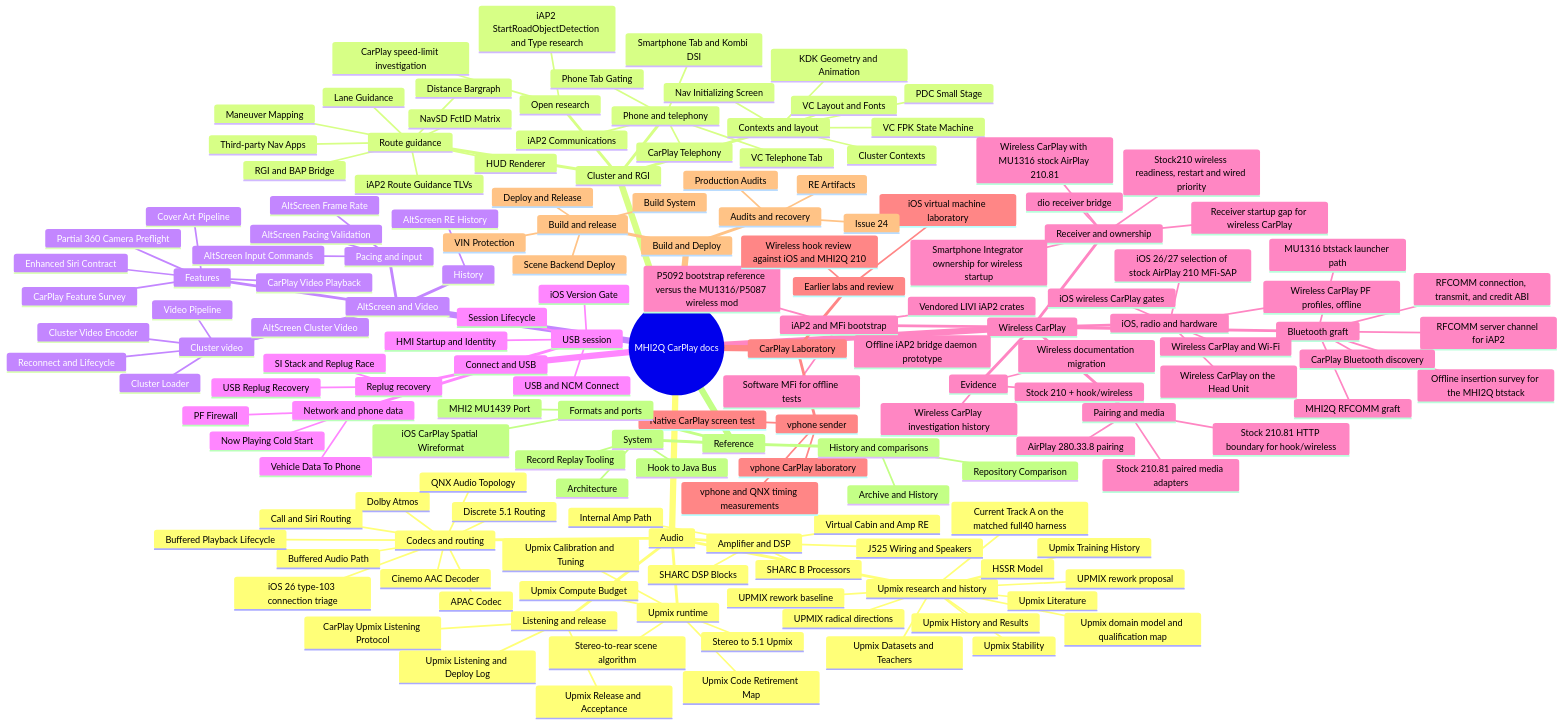
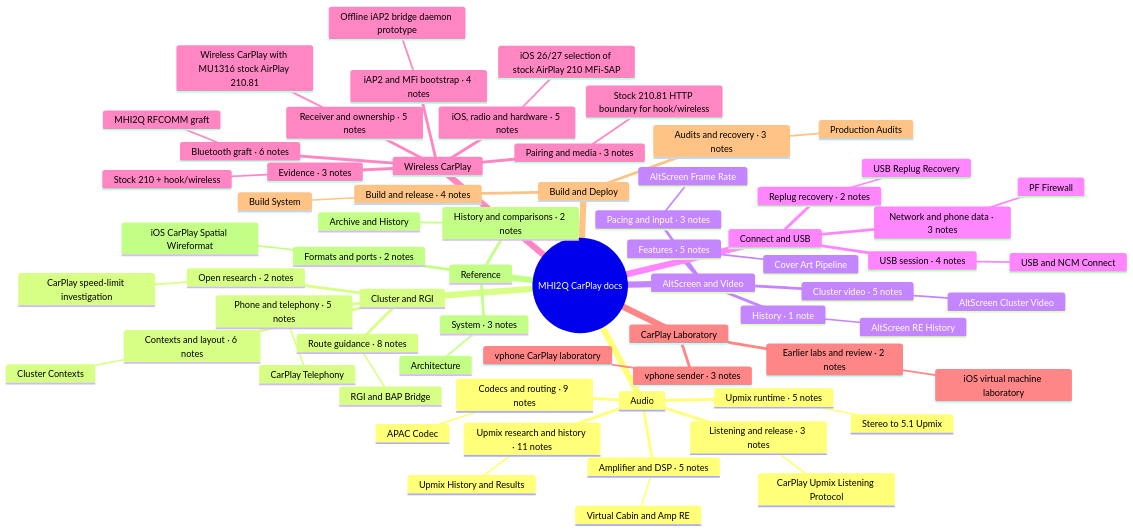
The diagram in README.md (luka-dev/mib2q-carplay-rgi), drawn with Mermaid before and after one commit. The commit also changed other lines of this file and 2 other files, not shown here.

Commit message:
docs: overview mindmap in the repository README, full mindmap stays in docs

````diff
--- a/README.md
+++ b/README.md
@@ -120,162 +120,69 @@
 mindmap
   root((MHI2Q CarPlay docs))
     Audio
-      Upmix runtime
+      Upmix runtime · 5 notes
         Stereo to 5.1 Upmix
-        Stereo-to-rear scene algorithm
-        Upmix Calibration and Tuning
-        Upmix Compute Budget
-        Upmix Code Retirement Map
-      Upmix research and history
+      Upmix research and history · 11 notes
         Upmix History and Results
-        UPMIX rework baseline
-        UPMIX rework proposal
-        UPMIX radical directions
-        Upmix Stability
-        Current Track A on the matched full40 harness
-        Upmix Training History
-        Upmix Datasets and Teachers
-        Upmix Literature
-        Upmix domain model and qualification map
-        HSSR Model
-      Listening and release
+      Listening and release · 3 notes
         CarPlay Upmix Listening Protocol
-        Upmix Listening and Deploy Log
-        Upmix Release and Acceptance
-      Amplifier and DSP
+      Amplifier and DSP · 5 notes
         Virtual Cabin and Amp RE
-        J525 Wiring and Speakers
-        SHARC B Processors
-        SHARC DSP Blocks
-        Internal Amp Path
-      Codecs and routing
+      Codecs and routing · 9 notes
         APAC Codec
-        Cinemo AAC Decoder
-        Dolby Atmos
-        Discrete 5.1 Routing
-        Buffered Audio Path
-        Buffered Playback Lifecycle
-        Call and Siri Routing
-        QNX Audio Topology
-        iOS 26 type-103 connection triage
     Cluster and RGI
-      Contexts and layout
+      Contexts and layout · 6 notes
         Cluster Contexts
-        KDK Geometry and Animation
-        VC Layout and Fonts
-        VC FPK State Machine
-        PDC Small Stage
-        Nav Initializing Screen
-      Route guidance
+      Route guidance · 8 notes
         RGI and BAP Bridge
-        iAP2 Route Guidance TLVs
-        Maneuver Mapping
-        Lane Guidance
-        Distance Bargraph
-        HUD Renderer
-        NavSD FctID Matrix
-        Third-party Nav Apps
-      Phone and telephony
+      Phone and telephony · 5 notes
         CarPlay Telephony
-        iAP2 Communications
-        VC Telephone Tab
-        Phone Tab Gating
-        Smartphone Tab and Kombi DSI
-      Open research
+      Open research · 2 notes
         CarPlay speed-limit investigation
-        iAP2 StartRoadObjectDetection and Type research
     AltScreen and Video
-      Cluster video
+      Cluster video · 5 notes
         AltScreen Cluster Video
-        Video Pipeline
-        Cluster Loader
-        Cluster Video Encoder
-        Reconnect and Lifecycle
-      Pacing and input
+      Pacing and input · 3 notes
         AltScreen Frame Rate
-        AltScreen Pacing Validation
-        AltScreen Input Commands
-      Features
+      Features · 5 notes
         Cover Art Pipeline
-        Enhanced Siri Contract
-        CarPlay Video Playback
-        CarPlay Feature Survey
-        Partial 360 Camera Preflight
-      History
+      History · 1 note
         AltScreen RE History
     Connect and USB
-      USB session
+      USB session · 4 notes
         USB and NCM Connect
-        Session Lifecycle
-        iOS Version Gate
-        HMI Startup and Identity
-      Replug recovery
+      Replug recovery · 2 notes
         USB Replug Recovery
-        SI Stack and Replug Race
-      Network and phone data
+      Network and phone data · 3 notes
         PF Firewall
-        Vehicle Data To Phone
-        Now Playing Cold Start
     Wireless CarPlay
-      Receiver and ownership
+      Receiver and ownership · 5 notes
         Wireless CarPlay with MU1316 stock AirPlay 210.81
-        Stock210 wireless readiness, restart and wired priority
-        Receiver startup gap for wireless CarPlay
-        dio receiver bridge
-        Smartphone Integrator ownership for wireless startup
-      Bluetooth graft
+      Bluetooth graft · 6 notes
         MHI2Q RFCOMM graft
-        Offline insertion survey for the MHI2Q btstack
-        MU1316 btstack launcher path
-        RFCOMM server channel for iAP2
-        RFCOMM connection, transmit, and credit ABI
-        CarPlay Bluetooth discovery
-      iAP2 and MFi bootstrap
+      iAP2 and MFi bootstrap · 4 notes
         Offline iAP2 bridge daemon prototype
-        Vendored LIVI iAP2 crates
-        Software MFi for offline tests
-        P5092 bootstrap reference versus the MU1316/P5087 wireless mod
-      Pairing and media
+      Pairing and media · 3 notes
         Stock 210.81 HTTP boundary for hook/wireless
-        Stock 210.81 paired media adapters
-        AirPlay 280.33.8 pairing
-      iOS, radio and hardware
+      iOS, radio and hardware · 5 notes
         iOS 26/27 selection of stock AirPlay 210 MFi-SAP
-        iOS wireless CarPlay gates
-        Wireless CarPlay and Wi-Fi
-        Wireless CarPlay on the Head Unit
-        Wireless CarPlay PF profiles, offline
-      Evidence
+      Evidence · 3 notes
         Stock 210 + hook/wireless
-        Wireless CarPlay investigation history
-        Wireless documentation migration
     CarPlay Laboratory
-      vphone sender
+      vphone sender · 3 notes
         vphone CarPlay laboratory
-        vphone and QNX timing measurements
-        Native CarPlay screen test
-      Earlier labs and review
+      Earlier labs and review · 2 notes
         iOS virtual machine laboratory
-        Wireless hook review against iOS and MHI2Q 210
     Build and Deploy
-      Build and release
+      Build and release · 4 notes
         Build System
-        Deploy and Release
-        Scene Backend Deploy
-        VIN Protection
-      Audits and recovery
+      Audits and recovery · 3 notes
         Production Audits
-        Issue 24
-        RE Artifacts
     Reference
-      System
+      System · 3 notes
         Architecture
-        Hook to Java Bus
-        Record Replay Tooling
-      Formats and ports
+      Formats and ports · 2 notes
         iOS CarPlay Spatial Wireformat
-        MHI2 MU1439 Port
-      History and comparisons
+      History and comparisons · 2 notes
         Archive and History
-        Repository Comparison
 ```
````
